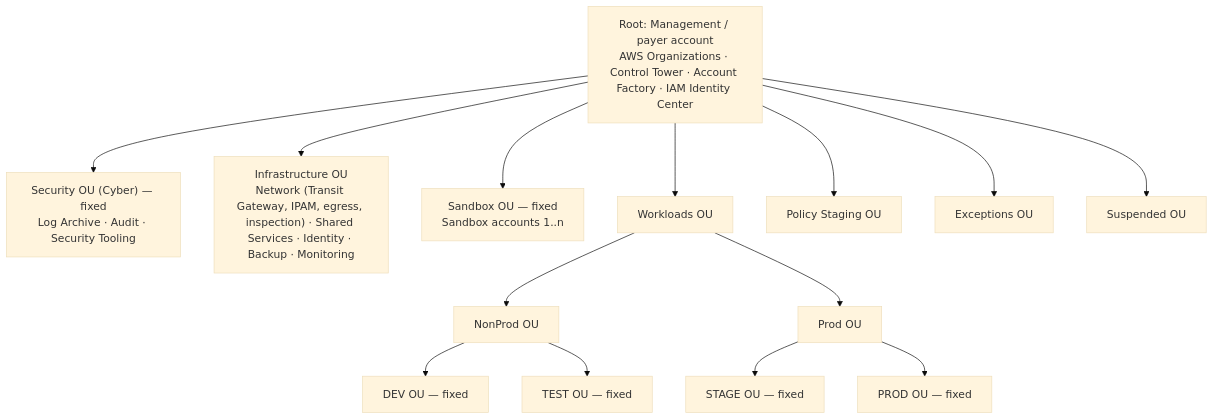
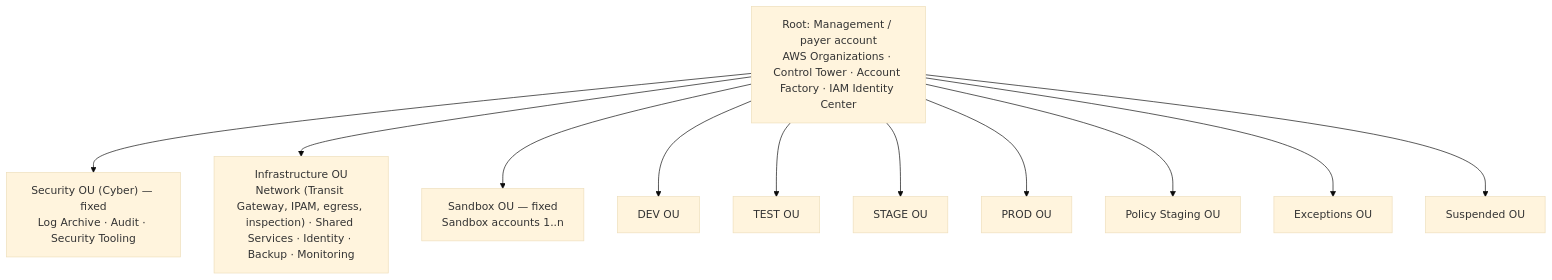
Diagram 33 of 35 in docs/ARCHITECTURE.md (kulveersingh/CloudInfraAutomation), drawn with Mermaid (base theme) before and after one commit. The commit also changed other lines of this file and 1 other file, not shown here.

````diff
--- a/docs/ARCHITECTURE.md
+++ b/docs/ARCHITECTURE.md
@@ -2661,17 +2661,14 @@
 ```mermaid
 flowchart TD
   ROOT["Root: Management / payer account<br/>AWS Organizations · Control Tower · Account Factory · IAM Identity Center"]
   ROOT --> SEC["Security OU (Cyber) — fixed<br/>Log Archive · Audit · Security Tooling"]
   ROOT --> INF["Infrastructure OU<br/>Network (Transit Gateway, IPAM, egress, inspection) · Shared Services · Identity · Backup · Monitoring"]
   ROOT --> SBX["Sandbox OU — fixed<br/>Sandbox accounts 1..n"]
-  ROOT --> WL["Workloads OU"]
-  WL --> NP["NonProd OU"]
-  NP --> DEV["DEV OU — fixed"]
-  NP --> TST["TEST OU — fixed"]
-  WL --> PR["Prod OU"]
-  PR --> STG["STAGE OU — fixed"]
-  PR --> PRD["PROD OU — fixed"]
+  ROOT --> DEV["DEV OU"]
+  ROOT --> TST["TEST OU"]
+  ROOT --> STG["STAGE OU"]
+  ROOT --> PRD["PROD OU"]
   ROOT --> PST["Policy Staging OU"]
   ROOT --> EXC["Exceptions OU"]
   ROOT --> SUS["Suspended OU"]
 ```
````
